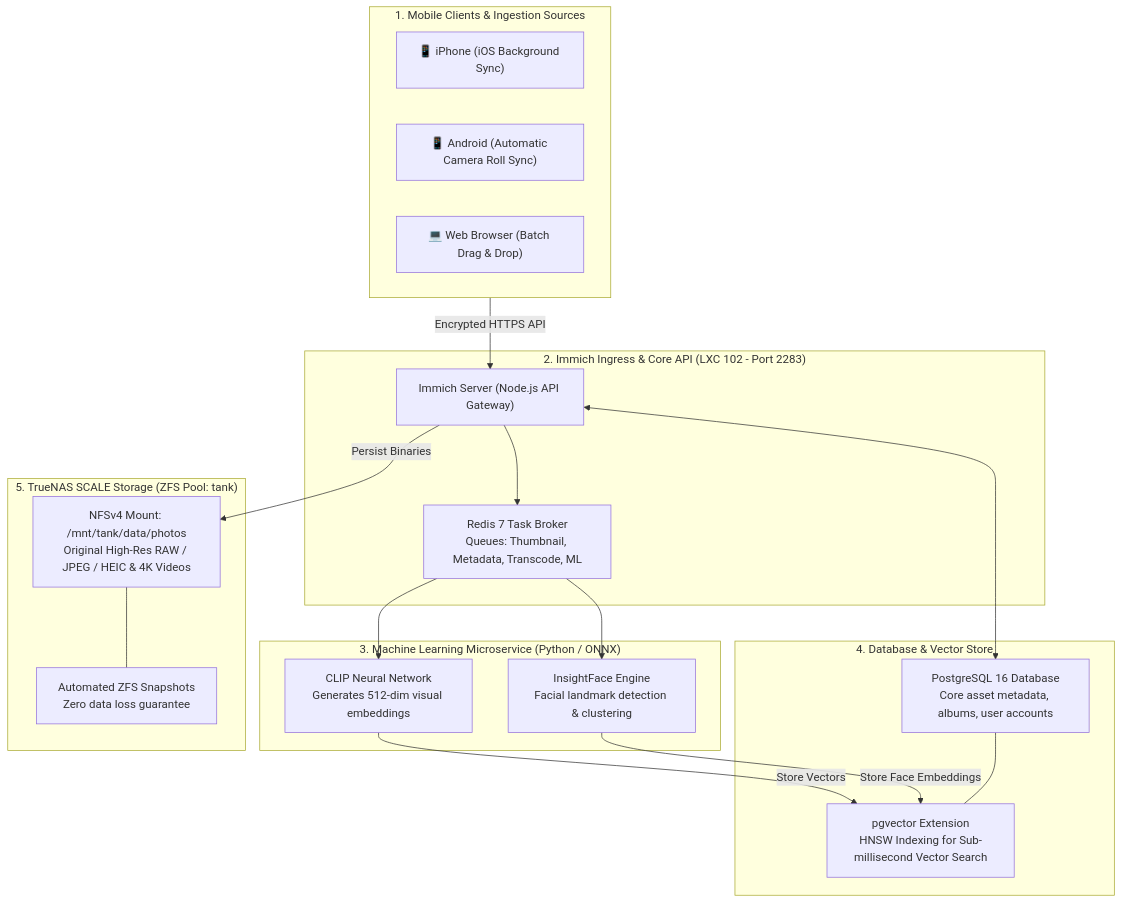
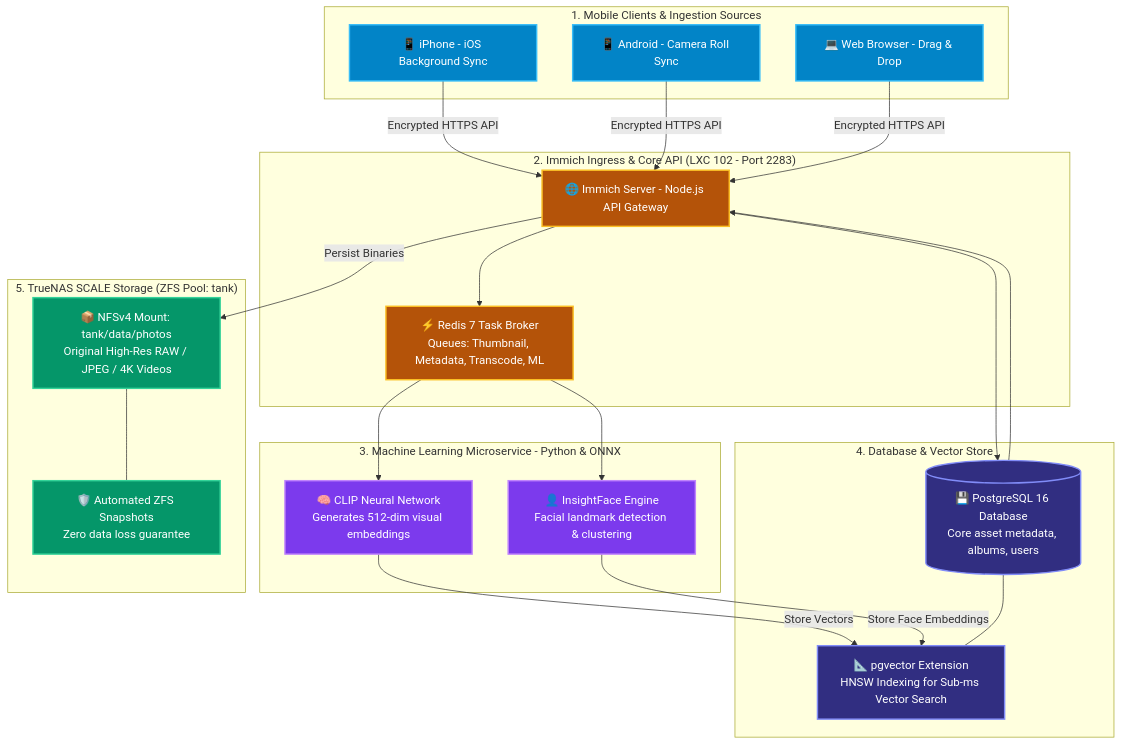
The diagram in services/immich-photos/README.md (nishilshah/homelab-blueprints), drawn with Mermaid before and after one commit. The commit also changed 14 other files, not shown here.

Commit message:
fix(docs): resolve GitHub Mermaid rendering errors and add vibrant color themes across all diagrams

````diff
--- a/services/immich-photos/README.md
+++ b/services/immich-photos/README.md
@@ -26,42 +26,51 @@
 ```mermaid
 flowchart TD
+    classDef client fill:#0284c7,stroke:#38bdf8,stroke-width:2px,color:#ffffff;
+    classDef gateway fill:#b45309,stroke:#fbbf24,stroke-width:2px,color:#ffffff;
+    classDef ml fill:#7c3aed,stroke:#c084fc,stroke-width:2px,color:#ffffff;
+    classDef db fill:#312e81,stroke:#818cf8,stroke-width:2px,color:#ffffff;
+    classDef storage fill:#059669,stroke:#34d399,stroke-width:2px,color:#ffffff;
+
     subgraph MobileClients ["1. Mobile Clients & Ingestion Sources"]
-        iOS["📱 iPhone (iOS Background Sync)"]
-        Android["📱 Android (Automatic Camera Roll Sync)"]
-        Web["💻 Web Browser (Batch Drag & Drop)"]
+        iOS["📱 iPhone - iOS Background Sync"]:::client
+        Android["📱 Android - Camera Roll Sync"]:::client
+        Web["💻 Web Browser - Drag & Drop"]:::client
     end
 
     subgraph ImmichGateway ["2. Immich Ingress & Core API (LXC 102 - Port 2283)"]
-        Server["Immich Server (Node.js API Gateway)"]
-        RedisQ["Redis 7 Task Broker<br/>Queues: Thumbnail, Metadata, Transcode, ML"]
+        Server["🌐 Immich Server - Node.js API Gateway"]:::gateway
+        RedisQ["⚡ Redis 7 Task Broker<br/>Queues: Thumbnail, Metadata, Transcode, ML"]:::gateway
         Server --> RedisQ
     end
 
-    MobileClients -->|Encrypted HTTPS API| Server
+    iOS -->|Encrypted HTTPS API| Server
+    Android -->|Encrypted HTTPS API| Server
+    Web -->|Encrypted HTTPS API| Server
 
-    subgraph ML_Engine ["3. Machine Learning Microservice (Python / ONNX)"]
-        CLIP["CLIP Neural Network<br/>Generates 512-dim visual embeddings"]
-        Face["InsightFace Engine<br/>Facial landmark detection & clustering"]
+    subgraph ML_Engine ["3. Machine Learning Microservice - Python & ONNX"]
+        CLIP["🧠 CLIP Neural Network<br/>Generates 512-dim visual embeddings"]:::ml
+        Face["👤 InsightFace Engine<br/>Facial landmark detection & clustering"]:::ml
         RedisQ --> CLIP
         RedisQ --> Face
     end
 
     subgraph DatabaseLayer ["4. Database & Vector Store"]
-        Postgres["PostgreSQL 16 Database<br/>Core asset metadata, albums, user accounts"]
-        PgVector["pgvector Extension<br/>HNSW Indexing for Sub-millisecond Vector Search"]
+        Postgres[("💾 PostgreSQL 16 Database<br/>Core asset metadata, albums, users")]:::db
+        PgVector["📐 pgvector Extension<br/>HNSW Indexing for Sub-ms Vector Search"]:::db
         
         CLIP -->|Store Vectors| PgVector
         Face -->|Store Face Embeddings| PgVector
         Postgres --- PgVector
     end
 
     subgraph StorageLayer ["5. TrueNAS SCALE Storage (ZFS Pool: tank)"]
-        NFS["NFSv4 Mount: /mnt/tank/data/photos<br/>Original High-Res RAW / JPEG / HEIC & 4K Videos"]
-        Snapshots["Automated ZFS Snapshots<br/>Zero data loss guarantee"]
+        NFS["📦 NFSv4 Mount: tank/data/photos<br/>Original High-Res RAW / JPEG / 4K Videos"]:::storage
+        Snapshots["🛡️ Automated ZFS Snapshots<br/>Zero data loss guarantee"]:::storage
         
         Server -->|Persist Binaries| NFS
         NFS --- Snapshots
     end
 
-    Server <--> Postgres
+    Server --> Postgres
+    Postgres --> Server
 ```
````
